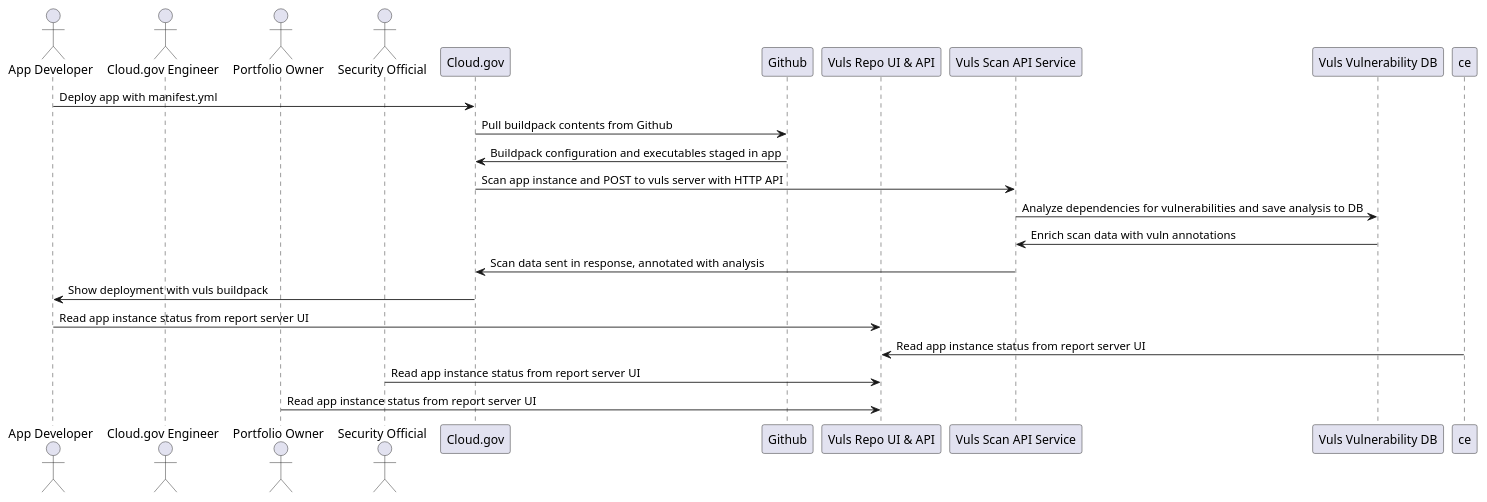
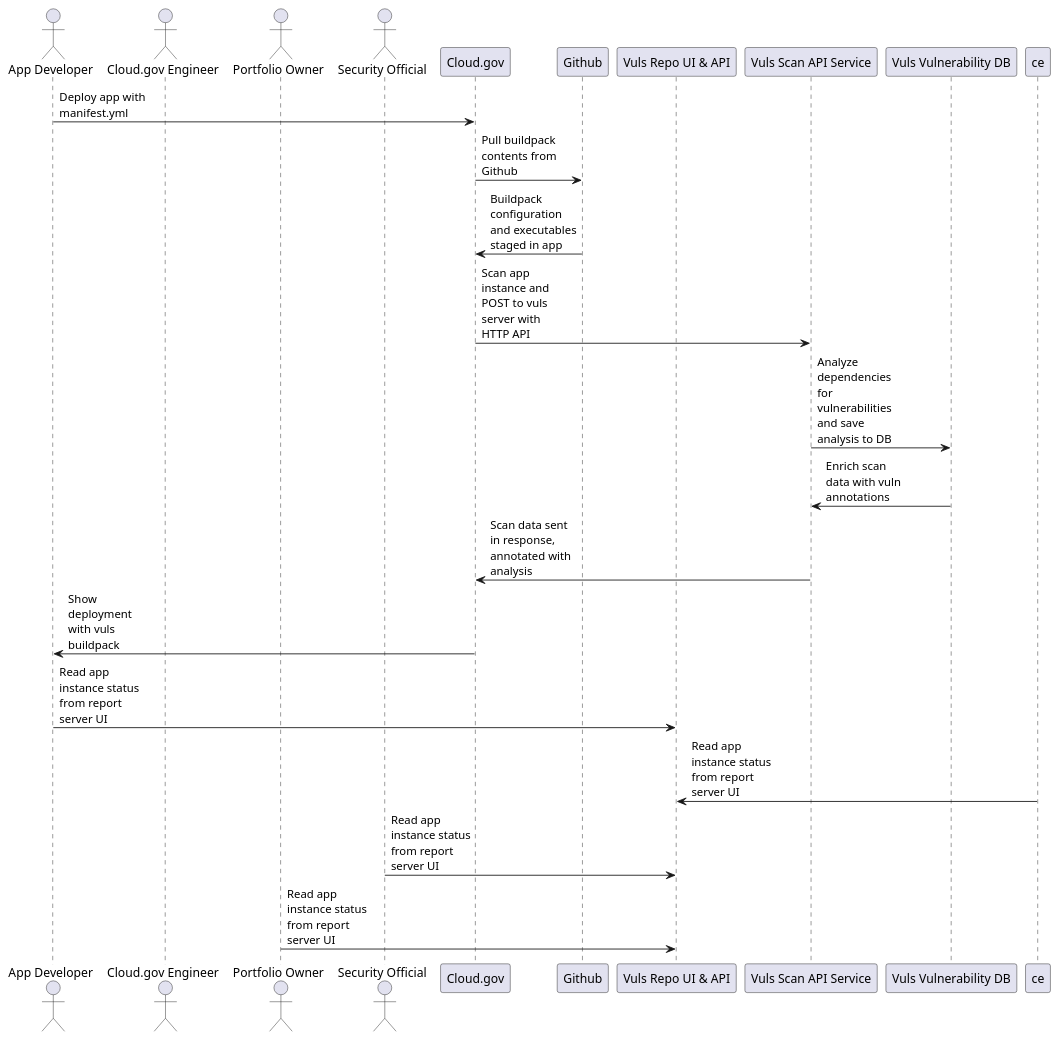
One commit to 18F/10x-dux-vuls-eval changed the diagram in docs/scan_sequence_diagram.puml. Above: the diagram before and after it, drawn with PlantUML.

Commit message:
set max length of msg to wrap, making narrow

```diff
--- a/docs/scan_sequence_diagram.puml
+++ b/docs/scan_sequence_diagram.puml
@@ -1,25 +1,26 @@
 @startuml
+skinparam maxMessageSize 100
 actor "App Developer" as dev
 actor "Cloud.gov Engineer" as ceng
 actor "Portfolio Owner" as po
 actor "Security Official" as so
 participant Cloud.gov as cg
 participant Github as gh
 participant "Vuls Repo UI & API" as vso
 participant "Vuls Scan API Service" as vsa
 participant "Vuls Vulnerability DB" as vdb
 
 
 dev->cg: Deploy app with manifest.yml
 cg->gh: Pull buildpack contents from Github
 gh->cg: Buildpack configuration and executables staged in app
 cg->vsa: Scan app instance and POST to vuls server with HTTP API
 vsa->vdb: Analyze dependencies for vulnerabilities and save analysis to DB
 vdb->vsa: Enrich scan data with vuln annotations
 vsa->cg: Scan data sent in response, annotated with analysis
 cg->dev: Show deployment with vuls buildpack
 dev->vso: Read app instance status from report server UI
 ce->vso: Read app instance status from report server UI
 so->vso: Read app instance status from report server UI
 po->vso: Read app instance status from report server UI
 @enduml
```
